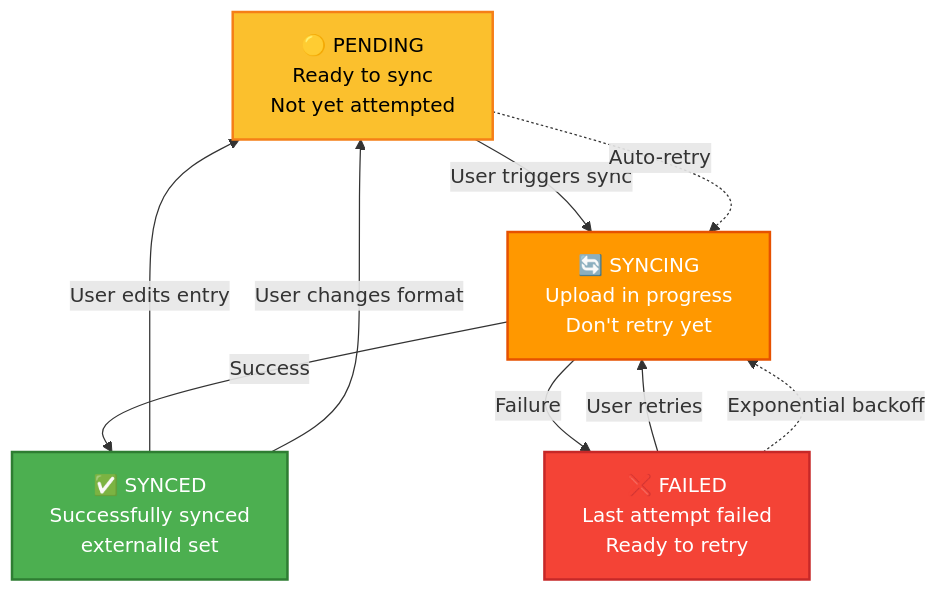
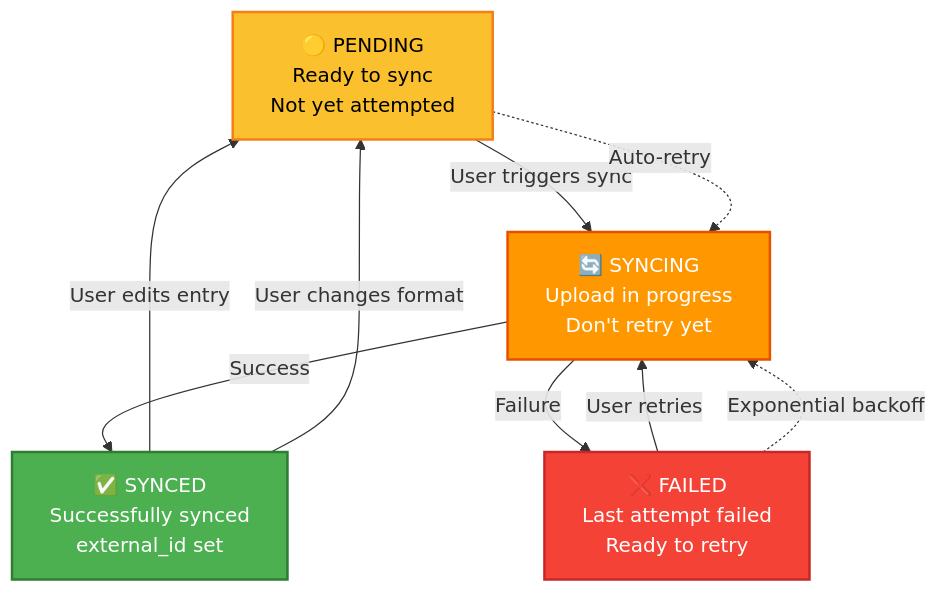
One commit to sosaagbontaen/codename_promise changed the fourth of 4 diagrams in docs/architecture/domain-models.md. Above: the diagram before and after it, drawn with Mermaid. The commit also changed other lines of this file, not shown here.

````diff
--- a/docs/architecture/domain-models.md
+++ b/docs/architecture/domain-models.md
@@ -303,22 +300,22 @@
 ```mermaid
 graph TD
     Init["🟡 PENDING<br/>Ready to sync<br/>Not yet attempted"]:::pending
     Syncing["🔄 SYNCING<br/>Upload in progress<br/>Don't retry yet"]:::syncing
-    Success["✅ SYNCED<br/>Successfully synced<br/>externalId set"]:::success
+    Success["✅ SYNCED<br/>Successfully synced<br/>external_id set"]:::success
     Failed["❌ FAILED<br/>Last attempt failed<br/>Ready to retry"]:::failed
 
     Init -->|User triggers sync| Syncing
     Syncing -->|Success| Success
     Syncing -->|Failure| Failed
     Failed -->|User retries| Syncing
     Success -->|User edits entry| Init
     Success -->|User changes format| Init
 
     Init -.->|Auto-retry| Syncing
     Failed -.->|Exponential backoff| Syncing
 
     classDef pending fill:#FBC02D,stroke:#F57F17,stroke-width:2px,color:#000
     classDef syncing fill:#FF9800,stroke:#E65100,stroke-width:2px,color:#fff
     classDef success fill:#4CAF50,stroke:#2E7D32,stroke-width:2px,color:#fff
     classDef failed fill:#F44336,stroke:#C62828,stroke-width:2px,color:#fff
 ```
````
